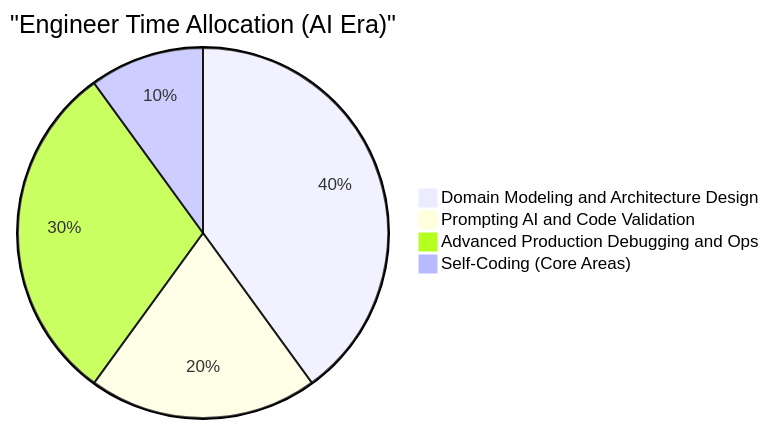
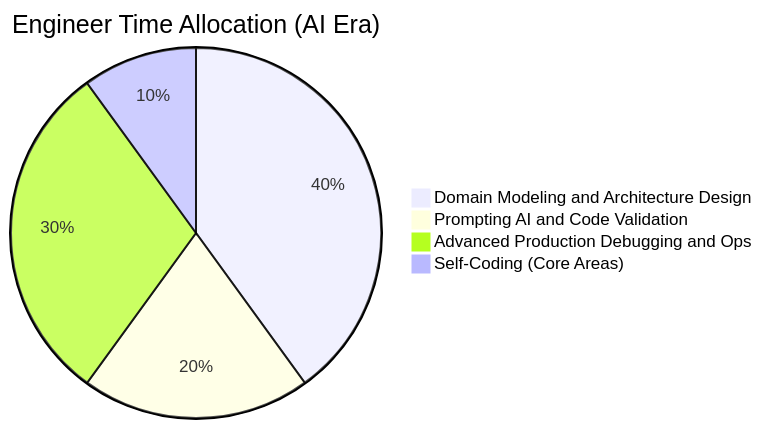
Before and after one commit to kenjinote/blog: the fourth of 4 diagrams in content/post/human_engineer_skills/index.en.md, drawn with Mermaid. The commit also changed other lines of this file and 703 other files, not shown here.

Commit message:
Fix: Remove quotes from Mermaid link texts and timeline definitions to support Mermaid 11.4.1

````diff
--- a/content/post/human_engineer_skills/index.en.md
+++ b/content/post/human_engineer_skills/index.en.md
@@ -189,7 +189,7 @@
 ```mermaid
-pie title "Engineer Time Allocation (AI Era)"
+pie title Engineer Time Allocation (AI Era)
   "Domain Modeling and Architecture Design": 40
   "Prompting AI and Code Validation": 20
   "Advanced Production Debugging and Ops": 30
   "Self-Coding (Core Areas)": 10
 ```
````
